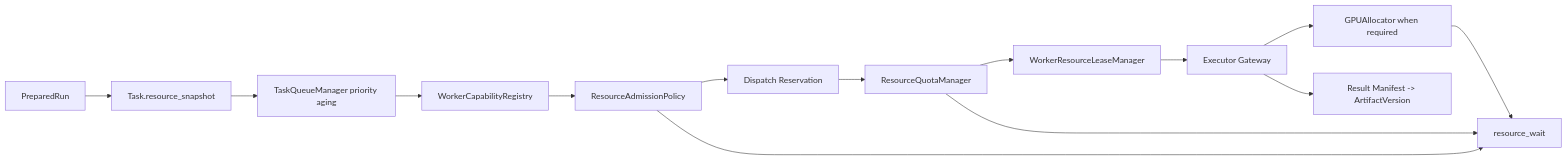
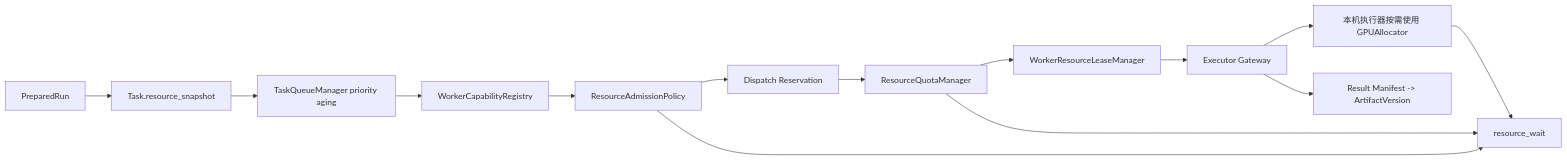
The eighth of 8 diagrams in docs/architecture/18-核心模块链路可视化.md (zyc6665/cnpharm-aidd), drawn with Mermaid before and after one commit. The commit also changed other lines of this file and 50 other files, not shown here.

```diff
--- a/docs/architecture/18-核心模块链路可视化.md
+++ b/docs/architecture/18-核心模块链路可视化.md
@@ -456,16 +456,16 @@
 ~~~mermaid
 flowchart LR
   PR[PreparedRun] --> SNAP[Task.resource_snapshot]
   SNAP --> Q[TaskQueueManager priority aging]
   Q --> CAP[WorkerCapabilityRegistry]
   CAP --> ADMIT[ResourceAdmissionPolicy]
   ADMIT --> RESERVE[Dispatch Reservation]
   ADMIT --> WAIT[resource_wait]
   RESERVE --> SCOPE[ResourceQuotaManager]
   SCOPE --> LEASE[WorkerResourceLeaseManager]
   SCOPE --> WAIT
   LEASE --> EXEC[Executor Gateway]
-  EXEC --> GPU[GPUAllocator when required]
+  EXEC --> GPU[本机执行器按需使用 GPUAllocator]
   GPU --> WAIT
   EXEC --> RESULT[Result Manifest -> ArtifactVersion]
 ~~~
```
